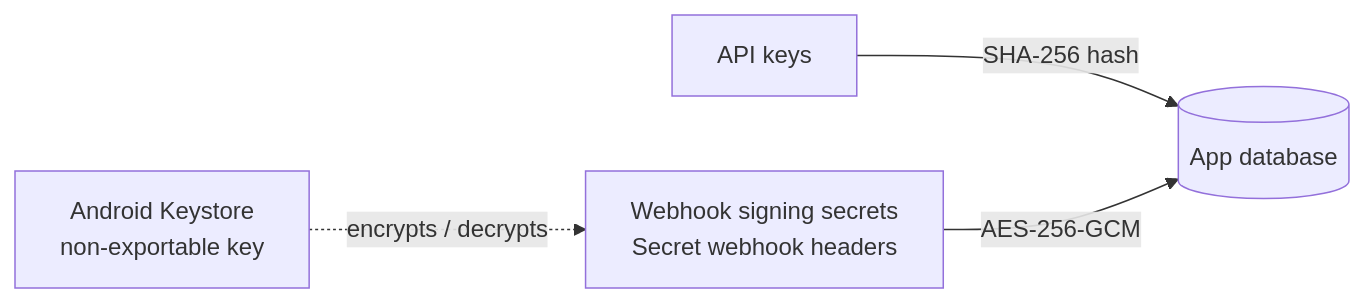
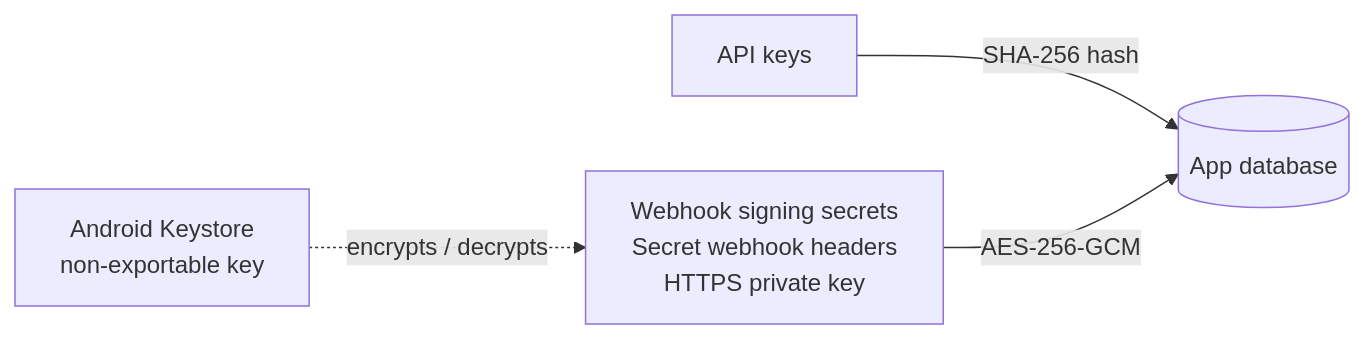
Before and after one commit to jpbaking/sms-gateway-android: the diagram in docs/security.md, drawn with Mermaid. The commit also changed other lines of this file and 13 other files, not shown here.

````diff
--- a/docs/security.md
+++ b/docs/security.md
@@ -16,6 +16,6 @@
 ```mermaid
 flowchart LR
     K[API keys] -->|SHA-256 hash| DB[(App database)]
-    S[Webhook signing secrets<br/>Secret webhook headers] -->|AES-256-GCM| DB
+    S[Webhook signing secrets<br/>Secret webhook headers<br/>HTTPS private key] -->|AES-256-GCM| DB
     KS[Android Keystore<br/>non-exportable key] -. encrypts / decrypts .-> S
 ```
````
